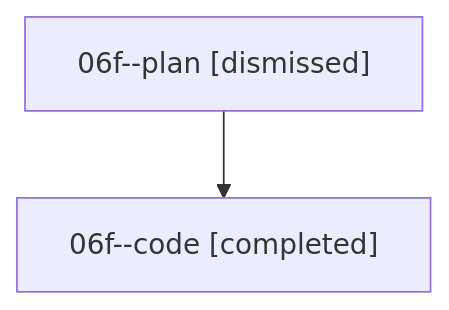
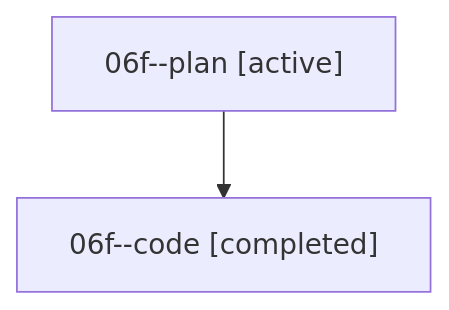
One commit to sase-org/sase--agents changed the diagram in families/bbugyi200.athena.06f.md. Above: the diagram before and after it, drawn with Mermaid. The commit also changed other lines of this file and 35830 other files, not shown here.

````diff
--- a/families/bbugyi200.athena.06f.md
+++ b/families/bbugyi200.athena.06f.md
@@ -9,6 +9,6 @@
 ```mermaid
 flowchart TD
-  n0["06f--plan [dismissed]"]
+  n0["06f--plan [active]"]
   n1["06f--code [completed]"]
   n0 --> n1
 ```
````
